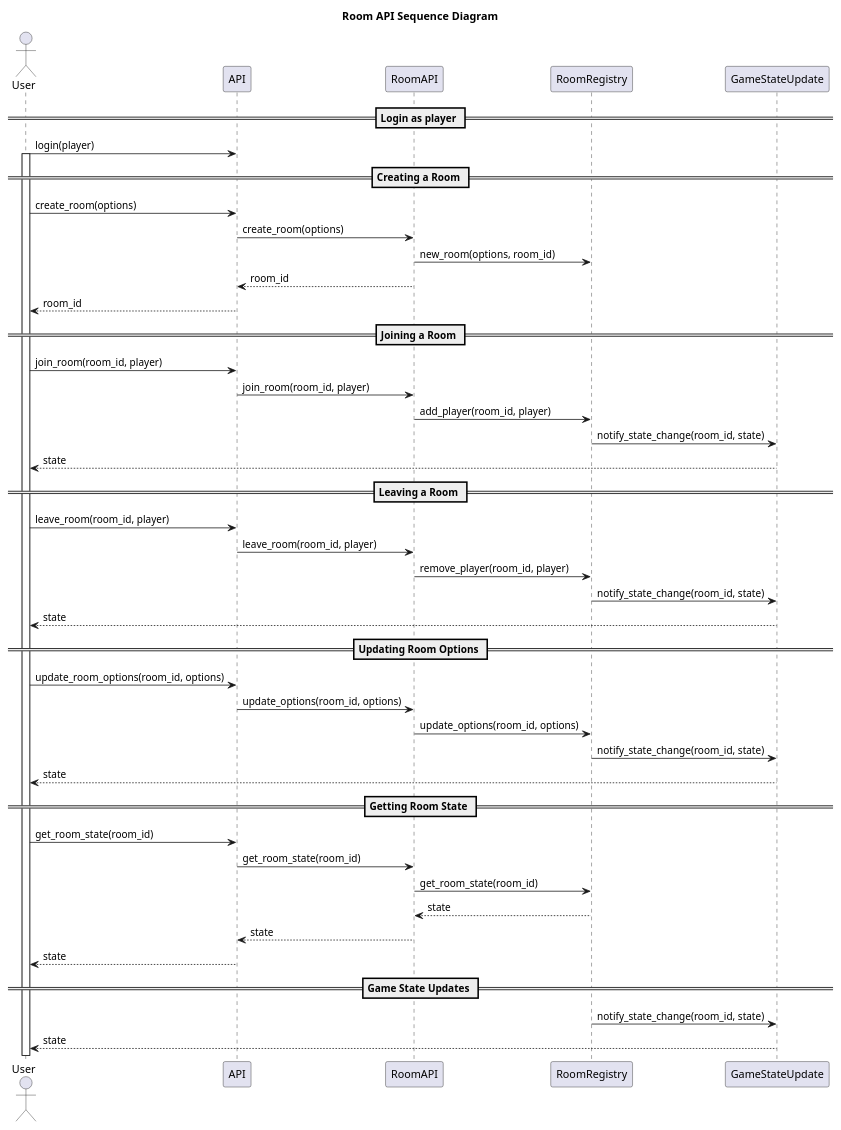
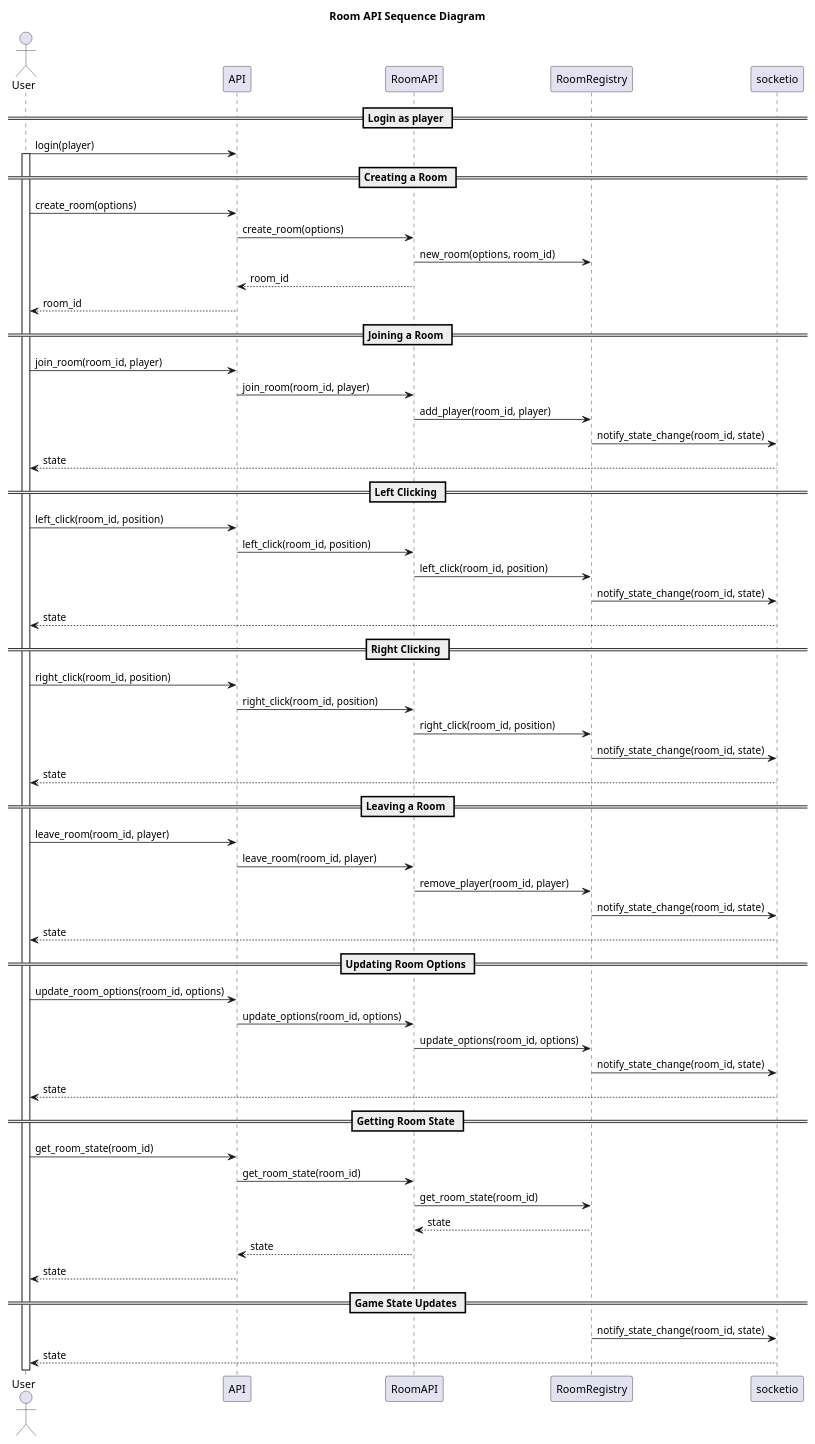
The diagram in doc/api-sequence-diagram.puml (HampusSiik/minesweeper-with-friends), drawn with PlantUML before and after one commit.

Commit message:
Update API sequence diagram to include left and right click interactions and rename GameStateUpdate to socketio

```diff
--- a/doc/api-sequence-diagram.puml
+++ b/doc/api-sequence-diagram.puml
@@ -1,56 +1,70 @@
 @startuml api-sequence
 
 title Room API Sequence Diagram
 
 actor User
 participant "API" as API
 participant "RoomAPI" as RoomAPI
 participant "RoomRegistry" as Room
-participant "GameStateUpdate" as Update
+participant "socketio" as Update
 
 == Login as player ==
 
 User -> API: login(player)
 activate User
 
 == Creating a Room ==
 User -> API: create_room(options)
 API -> RoomAPI: create_room(options)
 RoomAPI -> Room: new_room(options, room_id)
 RoomAPI --> API: room_id
 API --> User: room_id
 
 == Joining a Room ==
 User -> API: join_room(room_id, player)
 API -> RoomAPI: join_room(room_id, player)
 RoomAPI -> Room: add_player(room_id, player)
+Room -> Update: notify_state_change(room_id, state)
+Update --> User: state
+
+== Left Clicking ==
+User -> API: left_click(room_id, position)
+API -> RoomAPI: left_click(room_id, position)
+RoomAPI -> Room: left_click(room_id, position)
+Room -> Update: notify_state_change(room_id, state)
+Update --> User: state
+
+== Right Clicking ==
+User -> API: right_click(room_id, position)
+API -> RoomAPI: right_click(room_id, position)
+RoomAPI -> Room: right_click(room_id, position)
 Room -> Update: notify_state_change(room_id, state)
 Update --> User: state
 
 == Leaving a Room ==
 User -> API: leave_room(room_id, player)
 API -> RoomAPI: leave_room(room_id, player)
 RoomAPI -> Room: remove_player(room_id, player)
 Room -> Update: notify_state_change(room_id, state)
 Update --> User: state
 
 == Updating Room Options ==
 User -> API: update_room_options(room_id, options)
 API -> RoomAPI: update_options(room_id, options)
 RoomAPI -> Room: update_options(room_id, options)
 Room -> Update: notify_state_change(room_id, state)
 Update --> User: state
 
 == Getting Room State ==
 User -> API: get_room_state(room_id)
 API -> RoomAPI: get_room_state(room_id)
 RoomAPI -> Room: get_room_state(room_id)
 Room --> RoomAPI: state
 RoomAPI --> API: state
 API --> User: state
 
 == Game State Updates ==
 Room -> Update: notify_state_change(room_id, state)
 Update --> User: state
 
 @enduml
```
